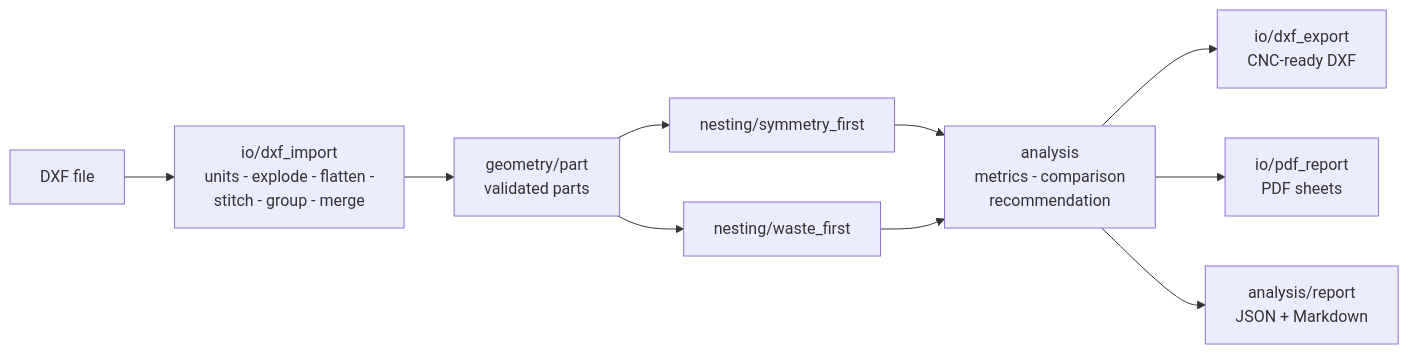
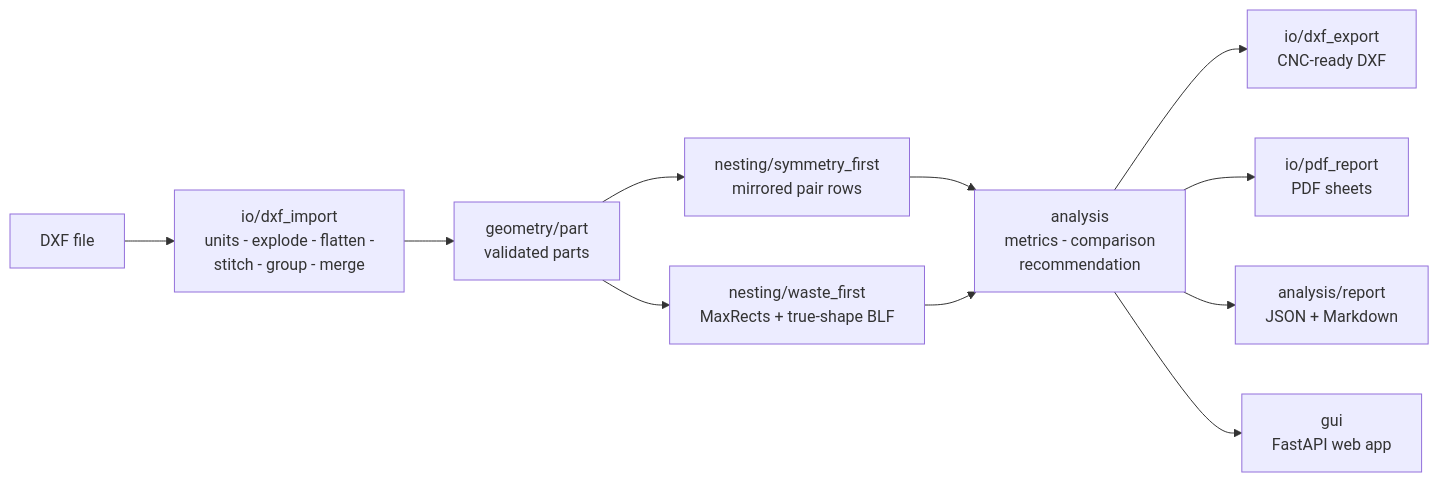
One commit to Izz-Badarin/dxf-nesting-optimizer changed the diagram in README.md. Above: the diagram before and after it, drawn with Mermaid. The commit also changed other lines of this file and 24 other files, not shown here.

````diff
--- a/README.md
+++ b/README.md
@@ -104,12 +136,13 @@
 ```mermaid
 flowchart LR
     A[DXF file] --> B[io/dxf_import<br/>units - explode - flatten -<br/>stitch - group - merge]
     B --> C[geometry/part<br/>validated parts]
-    C --> D1[nesting/symmetry_first]
-    C --> D2[nesting/waste_first]
+    C --> D1[nesting/symmetry_first<br/>mirrored pair rows]
+    C --> D2[nesting/waste_first<br/>MaxRects + true-shape BLF]
     D1 --> E[analysis<br/>metrics - comparison<br/>recommendation]
     D2 --> E
     E --> F1[io/dxf_export<br/>CNC-ready DXF]
     E --> F2[io/pdf_report<br/>PDF sheets]
     E --> F3[analysis/report<br/>JSON + Markdown]
+    E --> G[gui<br/>FastAPI web app]
 ```
````
